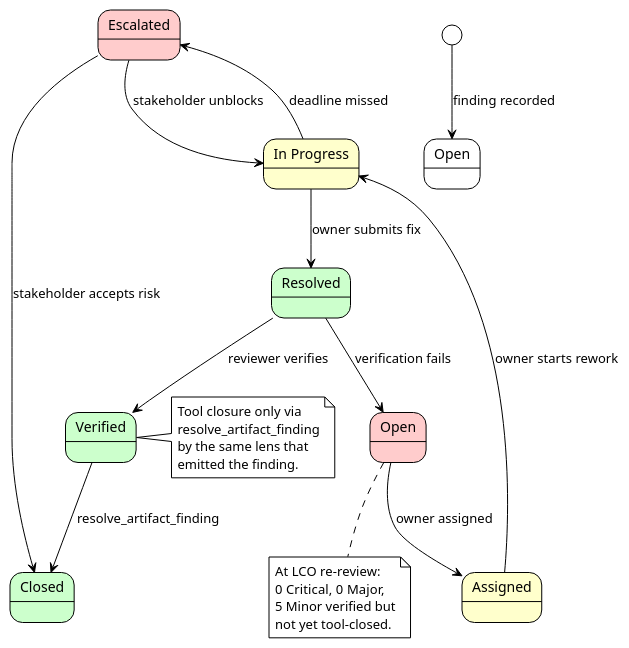
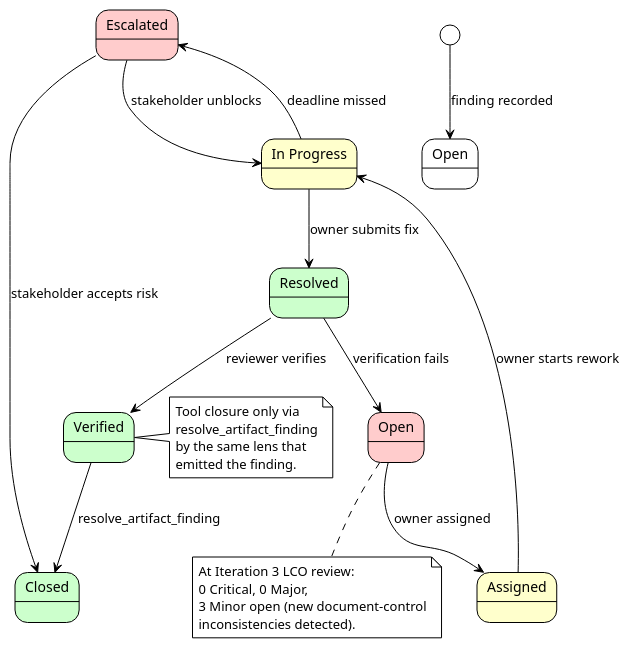
Before and after one commit to banense-test/portal: the second of 5 diagrams in docs/artifacts/project-management/review-record.md, drawn with PlantUML. The commit also changed other lines of this file, not shown here.

First line of the commit message:
Reviewer [I3]: upsert Review Record

````diff
--- a/docs/artifacts/project-management/review-record.md
+++ b/docs/artifacts/project-management/review-record.md
@@ -88,38 +87,38 @@
 ```plantuml
 @startuml Finding_Lifecycle_State_Machine
 !theme plain
 
 [*] --> Open : finding recorded
 state "Open" as OPEN #FFCCCC
 state "Assigned" as ASSIGNED #FFFFCC
 state "In Progress" as INPROGRESS #FFFFCC
 state "Resolved" as RESOLVED #CCFFCC
 state "Verified" as VERIFIED #CCFFCC
 state "Closed" as CLOSED #CCFFCC
 state "Escalated" as ESCALATED #FFCCCC
 
 OPEN --> ASSIGNED : owner assigned
 ASSIGNED --> INPROGRESS : owner starts rework
 INPROGRESS --> RESOLVED : owner submits fix
 RESOLVED --> VERIFIED : reviewer verifies
 VERIFIED --> CLOSED : resolve_artifact_finding
 RESOLVED --> OPEN : verification fails
 INPROGRESS --> ESCALATED : deadline missed
 ESCALATED --> INPROGRESS : stakeholder unblocks
 ESCALATED --> CLOSED : stakeholder accepts risk
 
 note right of VERIFIED
   Tool closure only via
   resolve_artifact_finding
   by the same lens that
   emitted the finding.
 end note
 
 note bottom of OPEN
-  At LCO re-review:
+  At Iteration 3 LCO review:
   0 Critical, 0 Major,
-  5 Minor verified but
-  not yet tool-closed.
+  3 Minor open (new document-control
+  inconsistencies detected).
 end note
 @enduml
 ```
````
